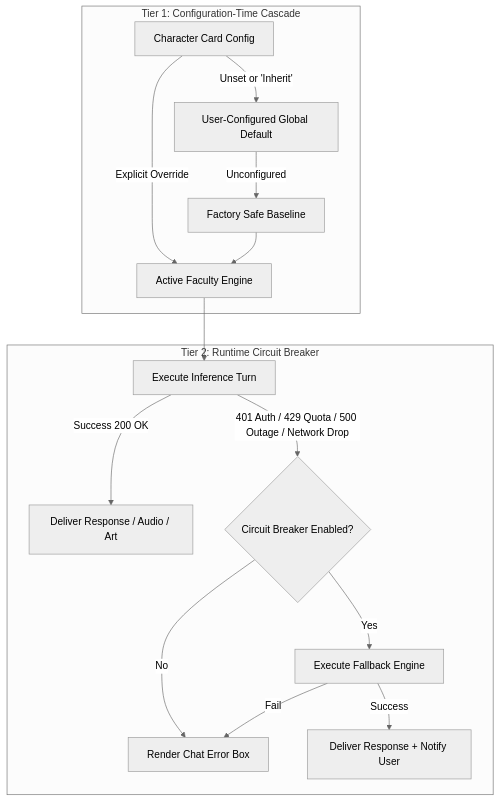
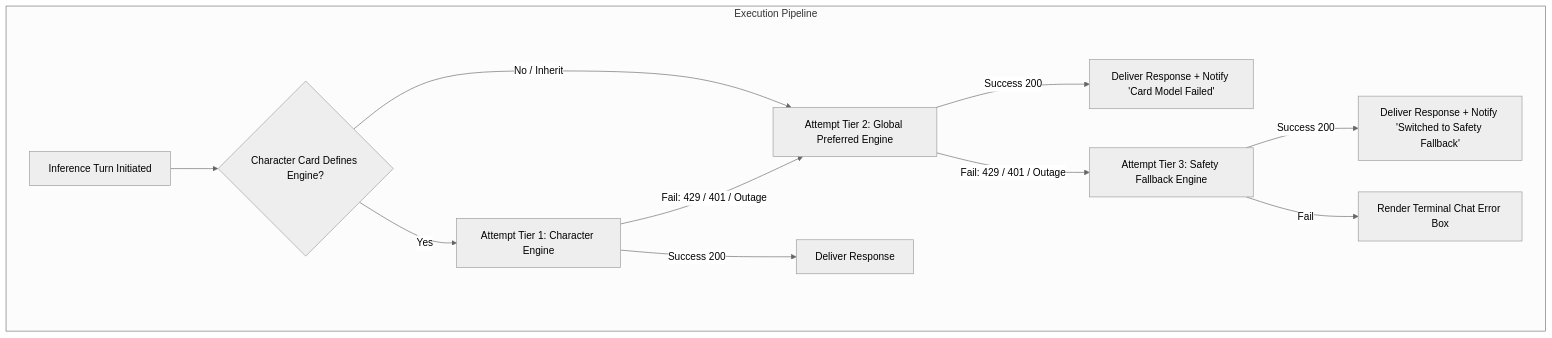
One commit to 7n1m4/7n1m4 changed the first of 2 diagrams in docs/design-global-fallbacks-and-default-faculties.md. Above: the diagram before and after it, drawn with Mermaid (neutral theme). The commit also changed other lines of this file and 5 other files, not shown here.

Commit message:
feat(settings): introduce global fallbacks & faculty defaults matrix with speech 3-tuple

````diff
--- a/docs/design-global-fallbacks-and-default-faculties.md
+++ b/docs/design-global-fallbacks-and-default-faculties.md
@@ -90,19 +104,17 @@
 ```mermaid
 flowchart TD
-    subgraph Tier 1: Configuration-Time Cascade
-        CardConfig[Character Card Config] -->|Explicit Override| ResolvedEngine[Active Faculty Engine]
-        CardConfig -->|Unset or 'Inherit'| GlobalDefault[User-Configured Global Default]
-        GlobalDefault -->|Unconfigured| FactorySafe[Factory Safe Baseline]
-        FactorySafe --> ResolvedEngine
-    end
+    subgraph Execution Pipeline
+        Start[Inference Turn Initiated] --> HasCardOverride{Character Card Defines Engine?}
+        HasCardOverride -->|Yes| TryCard[Attempt Tier 1: Character Engine]
+        HasCardOverride -->|No / Inherit| TryGlobal[Attempt Tier 2: Global Preferred Engine]
 
-    subgraph Tier 2: Runtime Circuit Breaker
-        ResolvedEngine --> RunTurn[Execute Inference Turn]
-        RunTurn -->|Success 200 OK| Output[Deliver Response / Audio / Art]
-        RunTurn -->|401 Auth / 429 Quota / 500 Outage / Network Drop| CircuitBreaker{Circuit Breaker Enabled?}
-        CircuitBreaker -->|Yes| FallbackEngine[Execute Fallback Engine]
-        CircuitBreaker -->|No| ThrowError[Render Chat Error Box]
-        FallbackEngine -->|Success| OutputWithToast[Deliver Response + Notify User]
-        FallbackEngine -->|Fail| ThrowError
+        TryCard -->|Success 200| Complete[Deliver Response]
+        TryCard -->|Fail: 429 / 401 / Outage| TryGlobal
+
+        TryGlobal -->|Success 200| CompleteWithGlobalToast[Deliver Response + Notify 'Card Model Failed']
+        TryGlobal -->|Fail: 429 / 401 / Outage| TryFallback[Attempt Tier 3: Safety Fallback Engine]
+
+        TryFallback -->|Success 200| CompleteWithFallbackToast[Deliver Response + Notify 'Switched to Safety Fallback']
+        TryFallback -->|Fail| RenderErrorBox[Render Terminal Chat Error Box]
     end
 ```
````
